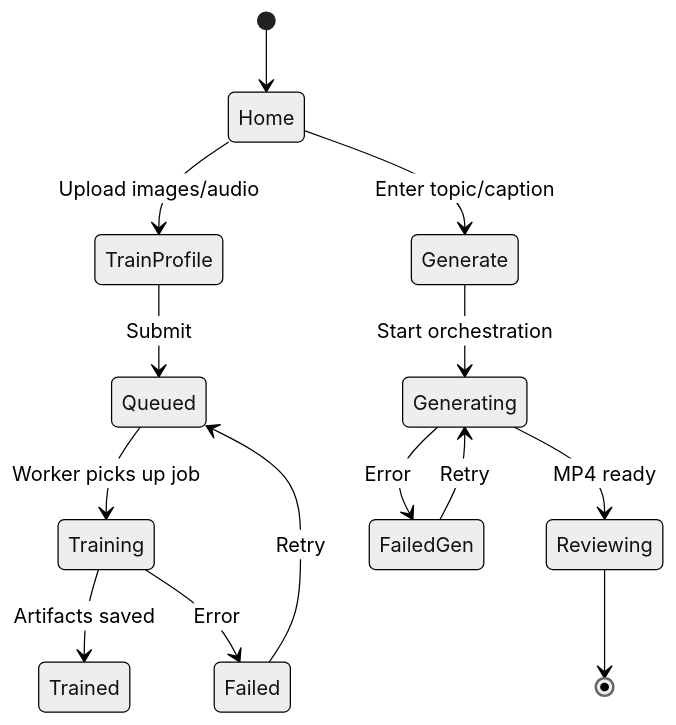
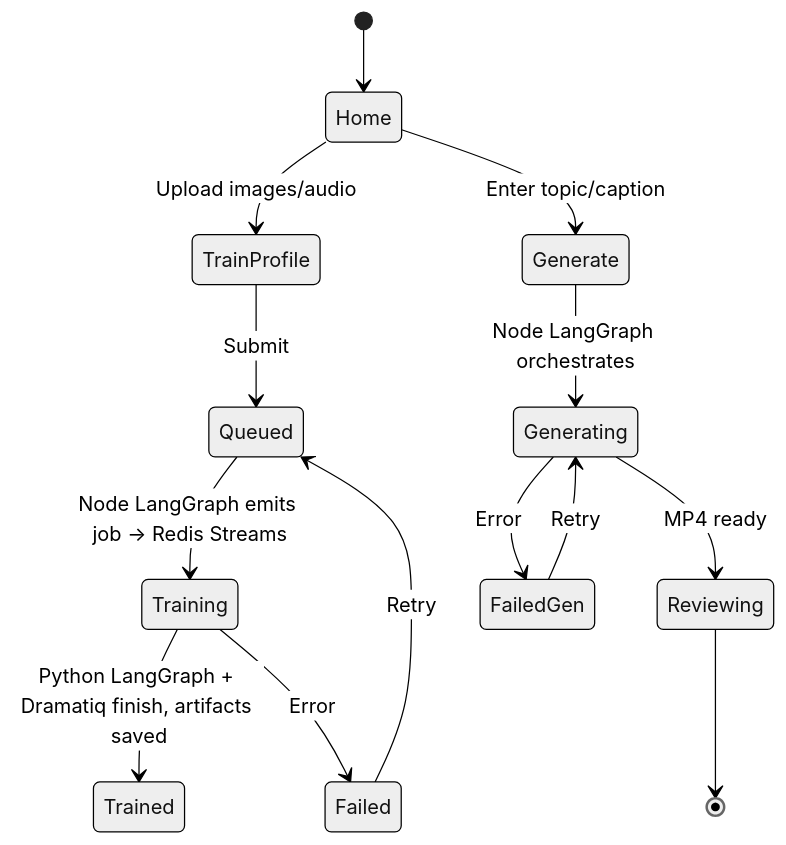
One commit to ktzevani/myspinbot changed the fifth of 5 diagrams in docs/02_architecture_overview.md. Above: the diagram before and after it, drawn with Mermaid (neutral theme). The commit also changed other lines of this file and 6 other files, not shown here.

Commit message:
Revised project architecture. Introduces new architecture with a double LangGraph orchestration (cross runtime), Redis Streams insteadn of BullMQ and Dramatiq instead of Celery.

````diff
--- a/docs/02_architecture_overview.md
+++ b/docs/02_architecture_overview.md
@@ -180,20 +193,20 @@
 ```mermaid
 stateDiagram-v2
     [*] --> Home
 
     %% Training branch
     Home --> TrainProfile : Upload images/audio
     TrainProfile --> Queued : Submit
-    Queued --> Training : Worker picks up job
-    Training --> Trained : Artifacts saved
+    Queued --> Training : Node LangGraph emits job → Redis Streams
+    Training --> Trained : Python LangGraph + Dramatiq finish, artifacts saved
     Training --> Failed : Error
     Failed --> Queued : Retry
 
     %% Generation branch
     Home --> Generate : Enter topic/caption
-    Generate --> Generating : Start orchestration
+    Generate --> Generating : Node LangGraph orchestrates
     Generating --> Reviewing : MP4 ready
     Reviewing --> [*]
     Generating --> FailedGen : Error
     FailedGen --> Generating : Retry
 ```
````
